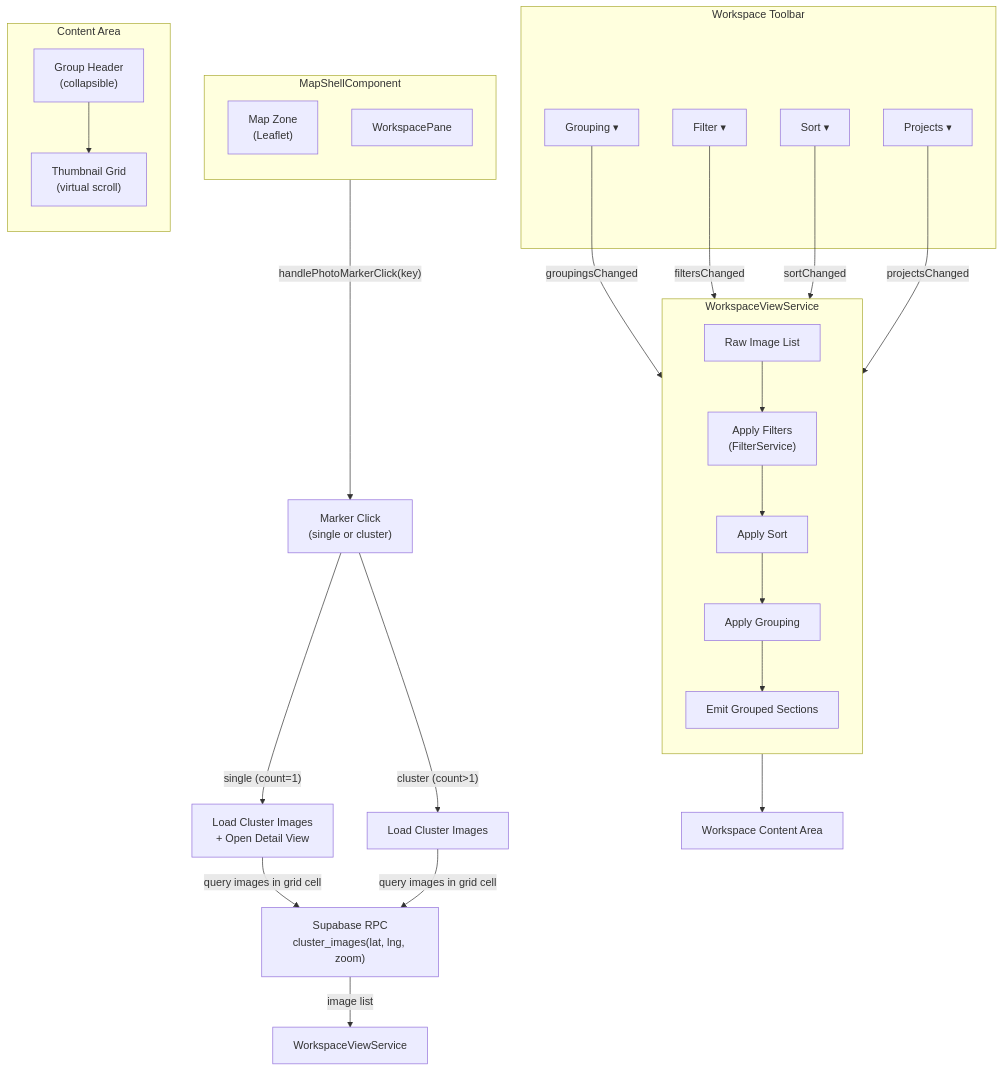
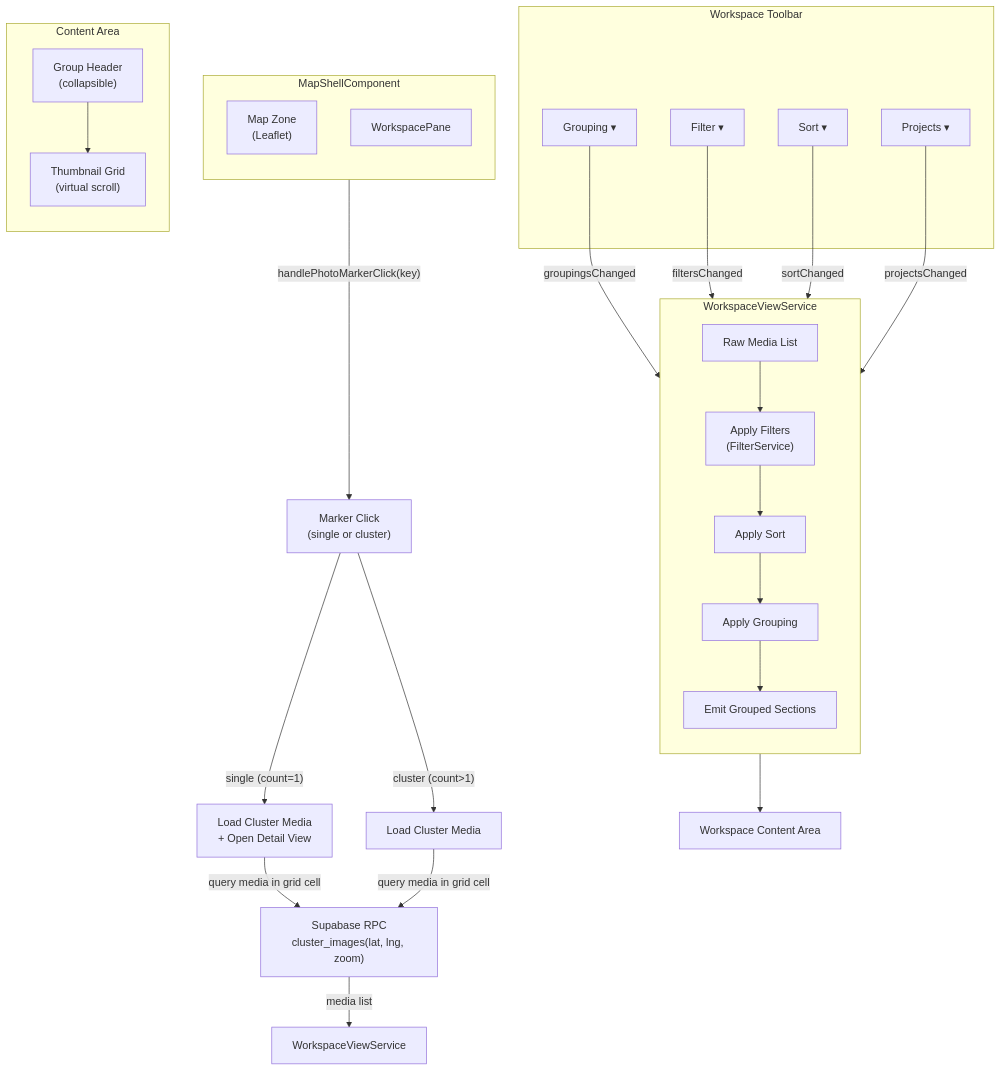
One commit to matkleve/feldpost changed the first of 7 diagrams in docs/specs/service/workspace-view/workspace-view-system.md. Above: the diagram before and after it, drawn with Mermaid. The commit also changed other lines of this file and 26 other files, not shown here.

First line of the commit message:
refactor: update terminology from 'images' to 'media items' across documentation

````diff
--- a/docs/specs/service/workspace-view/workspace-view-system.md
+++ b/docs/specs/service/workspace-view/workspace-view-system.md
@@ -120,49 +120,49 @@
 ```mermaid
 flowchart TB
     subgraph MapShell["MapShellComponent"]
         direction TB
         MapZone["Map Zone\n(Leaflet)"]
         WP["WorkspacePane"]
     end
 
     MarkerClick["Marker Click\n(single or cluster)"]
     MapZone -->|"handlePhotoMarkerClick(key)"| MarkerClick
 
-    MarkerClick -->|"single (count=1)"| SingleFlow["Load Cluster Images\n+ Open Detail View"]
-    MarkerClick -->|"cluster (count>1)"| ClusterLoad["Load Cluster Images"]
+    MarkerClick -->|"single (count=1)"| SingleFlow["Load Cluster Media\n+ Open Detail View"]
+    MarkerClick -->|"cluster (count>1)"| ClusterLoad["Load Cluster Media"]
 
-    SingleFlow -->|"query images in grid cell"| Supa["Supabase RPC\ncluster_images(lat, lng, zoom)"]
-    ClusterLoad -->|"query images in grid cell"| Supa
-    Supa -->|"image list"| WVS["WorkspaceViewService"]
+    SingleFlow -->|"query media in grid cell"| Supa["Supabase RPC\ncluster_images(lat, lng, zoom)"]
+    ClusterLoad -->|"query media in grid cell"| Supa
+    Supa -->|"media list"| WVS["WorkspaceViewService"]
 
     subgraph WVS_Inner["WorkspaceViewService"]
         direction TB
-        Raw["Raw Image List"]
+        Raw["Raw Media List"]
         Filter["Apply Filters\n(FilterService)"]
         Sort["Apply Sort"]
         Group["Apply Grouping"]
         Emit["Emit Grouped Sections"]
         Raw --> Filter --> Sort --> Group --> Emit
     end
 
     subgraph Toolbar["Workspace Toolbar"]
         BtnG["Grouping ▾"]
         BtnF["Filter ▾"]
         BtnS["Sort ▾"]
         BtnP["Projects ▾"]
     end
 
     BtnG -->|"groupingsChanged"| Group
     BtnF -->|"filtersChanged"| Filter
     BtnS -->|"sortChanged"| Sort
     BtnP -->|"projectsChanged"| Filter
 
     Emit --> Content["Workspace Content Area"]
 
     subgraph Content_Inner["Content Area"]
         direction TB
         GroupHeader["Group Header\n(collapsible)"]
         ThumbGrid["Thumbnail Grid\n(virtual scroll)"]
         GroupHeader --> ThumbGrid
     end
 ```
````
